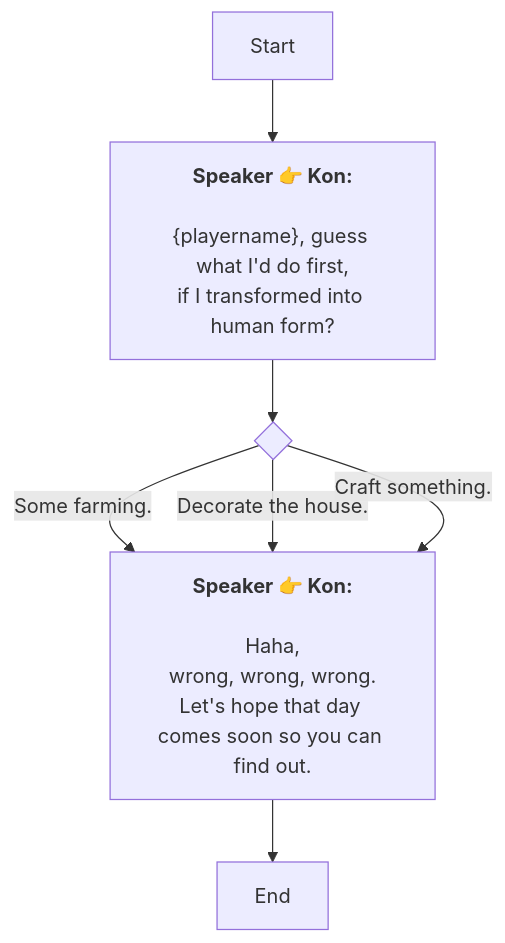
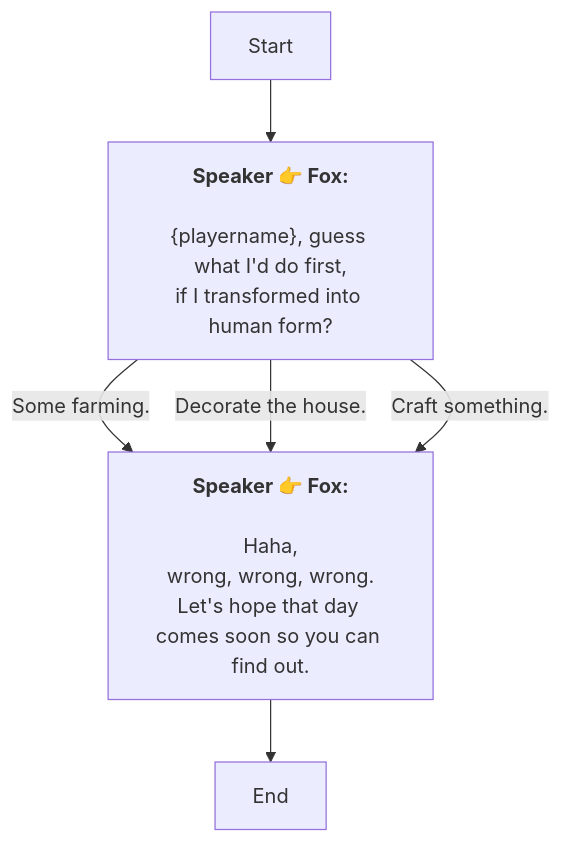
One commit to SoftHu/tos_avg changed the diagram in En/AddDialogNode_1738541867360458.md. Above: the diagram before and after it, drawn with Mermaid. The commit also changed 737 other files, not shown here.

````diff
--- a/En/AddDialogNode_1738541867360458.md
+++ b/En/AddDialogNode_1738541867360458.md
@@ -1,25 +1,20 @@
 ```mermaid
 graph
-Start -->1738541912862925[<b>Speaker 👉 Kon:</b>
-
-&lbrace;playername&rbrace;, guess what I'd do first,
+Start -->1738541912862925[<b>Speaker 👉 Fox:</b>
+\n&lbrace;playername&rbrace;, guess what I'd do first,
 if I transformed into human form?]
-1738541912862925 -->1738541954818254{ }
-1738541954818254 -->|Some farming.|1738542038299861[<b>Speaker 👉 Kon:</b>
-
-Haha,
+1738541912862925 -->|Some farming.|1738542038299861[<b>Speaker 👉 Fox:</b>
+\nHaha,
 wrong, wrong, wrong.
 Let's hope that day comes soon so you can find out.]
-1738541954818254 -->|Decorate the house.|1738542038299861[<b>Speaker 👉 Kon:</b>
-
-Haha,
+1738541912862925 -->|Decorate the house.|1738542038299861[<b>Speaker 👉 Fox:</b>
+\nHaha,
 wrong, wrong, wrong.
 Let's hope that day comes soon so you can find out.]
-1738541954818254 -->|Craft something.|1738542038299861[<b>Speaker 👉 Kon:</b>
-
-Haha,
+1738541912862925 -->|Craft something.|1738542038299861[<b>Speaker 👉 Fox:</b>
+\nHaha,
 wrong, wrong, wrong.
 Let's hope that day comes soon so you can find out.]
 1738542038299861 -->1738542067698902[End]
 
- ```
+```
````
